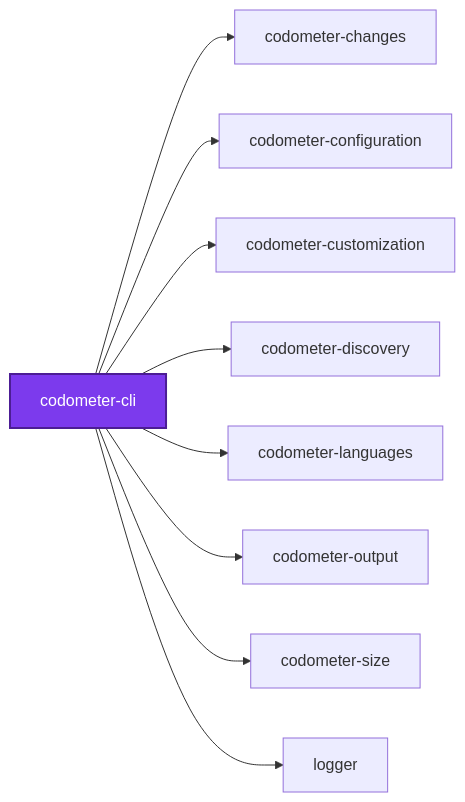
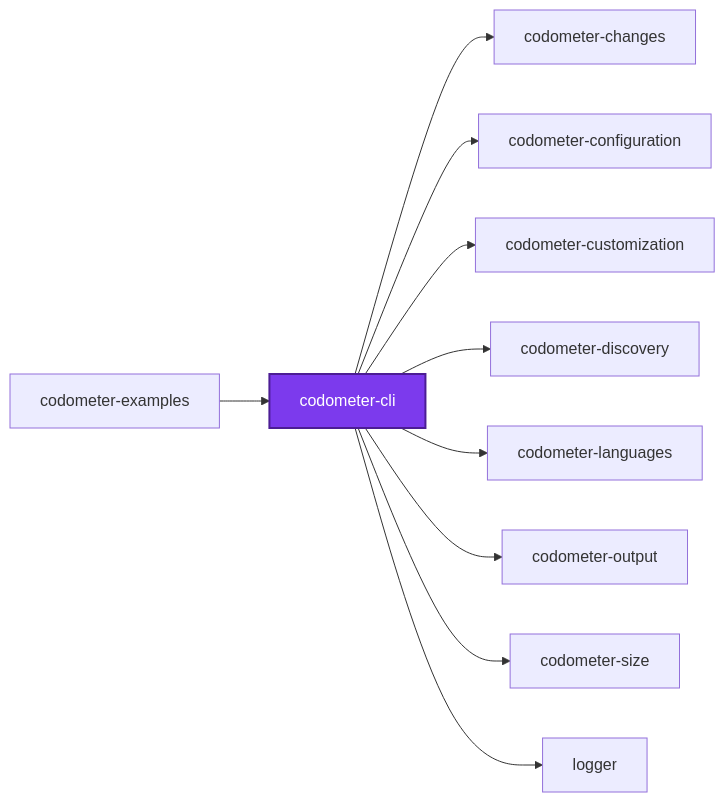
One commit to JimmyPaolini/codebase changed the first of 3 diagrams in packages/codometer-cli/README.md. Above: the diagram before and after it, drawn with Mermaid. The commit also changed 25 other files, not shown here.

````diff
--- a/packages/codometer-cli/README.md
+++ b/packages/codometer-cli/README.md
@@ -732,22 +732,24 @@
 ```mermaid
 graph LR
   codometer_changes["codometer-changes"]
   codometer_cli["codometer-cli"]
   codometer_configuration["codometer-configuration"]
   codometer_customization["codometer-customization"]
   codometer_discovery["codometer-discovery"]
+  codometer_examples["codometer-examples"]
   codometer_languages["codometer-languages"]
   codometer_output["codometer-output"]
   codometer_size["codometer-size"]
   logger["logger"]
   codometer_cli --> codometer_changes
   codometer_cli --> codometer_configuration
   codometer_cli --> codometer_customization
   codometer_cli --> codometer_discovery
   codometer_cli --> codometer_languages
   codometer_cli --> codometer_output
   codometer_cli --> codometer_size
   codometer_cli --> logger
+  codometer_examples --> codometer_cli
   classDef subject fill:#7c3aed,color:#fff,stroke:#4c1d95,stroke-width:2px
   class codometer_cli subject
 ```
````
